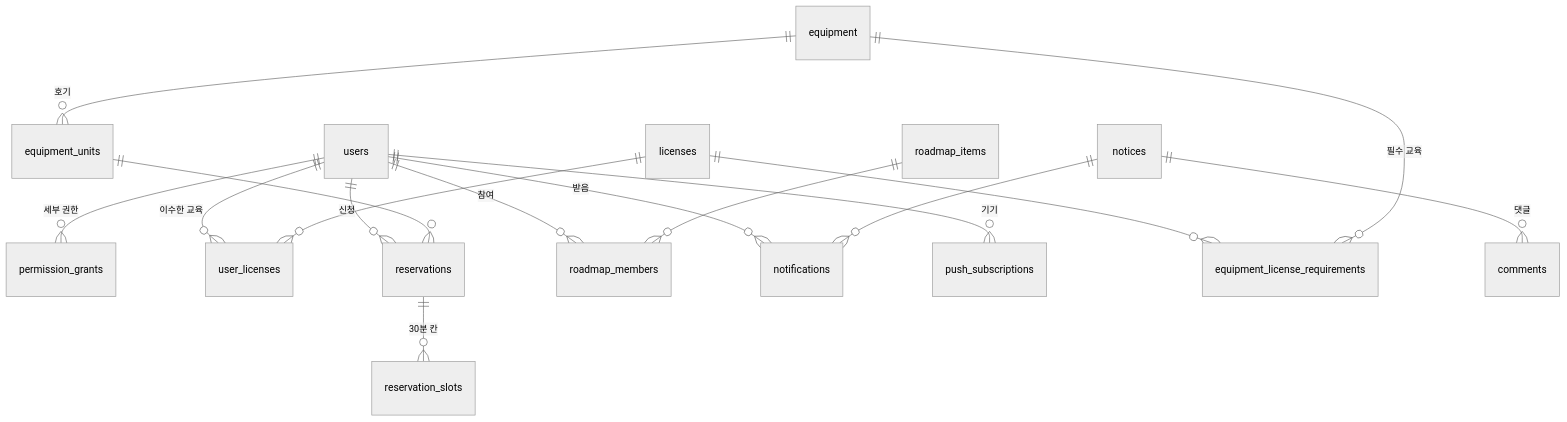
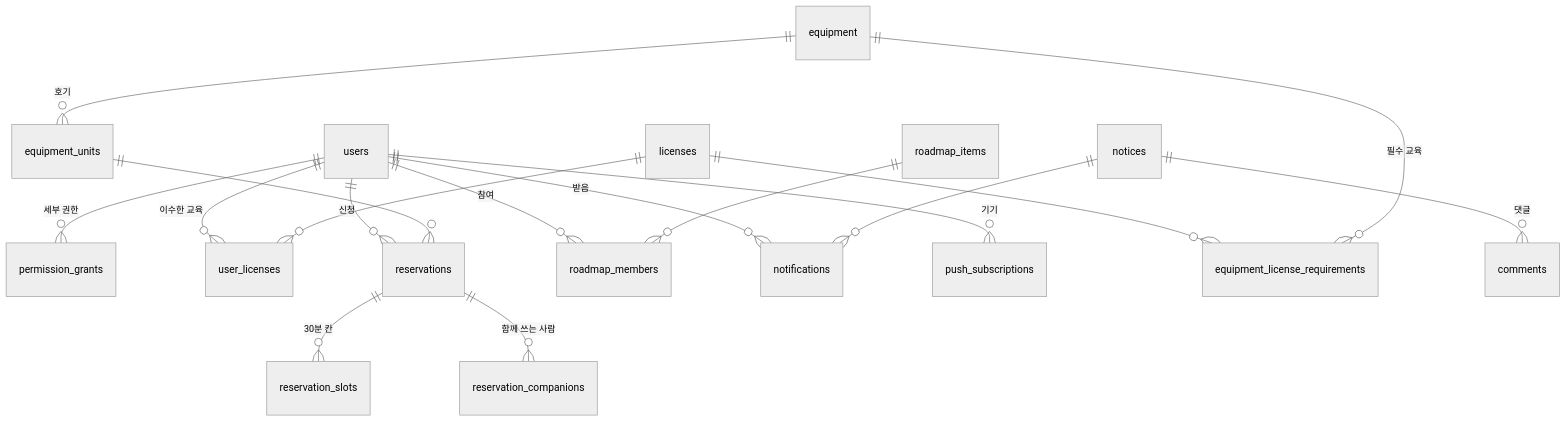
Before and after one commit to sesepark/shape-new-web: the second of 2 diagrams in docs/architecture.md, drawn with Mermaid (neutral theme). The commit also changed other lines of this file and 40 other files, not shown here.

````diff
--- a/docs/architecture.md
+++ b/docs/architecture.md
@@ -272,18 +272,19 @@
 ```mermaid
 erDiagram
     users ||--o{ permission_grants : "세부 권한"
     users ||--o{ user_licenses : "이수한 교육"
     users ||--o{ reservations : "신청"
     users ||--o{ roadmap_members : "참여"
     users ||--o{ notifications : "받음"
     users ||--o{ push_subscriptions : "기기"
     licenses ||--o{ user_licenses : ""
     licenses ||--o{ equipment_license_requirements : ""
     equipment ||--o{ equipment_units : "호기"
     equipment ||--o{ equipment_license_requirements : "필수 교육"
     equipment_units ||--o{ reservations : ""
     reservations ||--o{ reservation_slots : "30분 칸"
+    reservations ||--o{ reservation_companions : "함께 쓰는 사람"
     notices ||--o{ comments : "댓글"
     notices ||--o{ notifications : ""
     roadmap_items ||--o{ roadmap_members : ""
 ```
````
